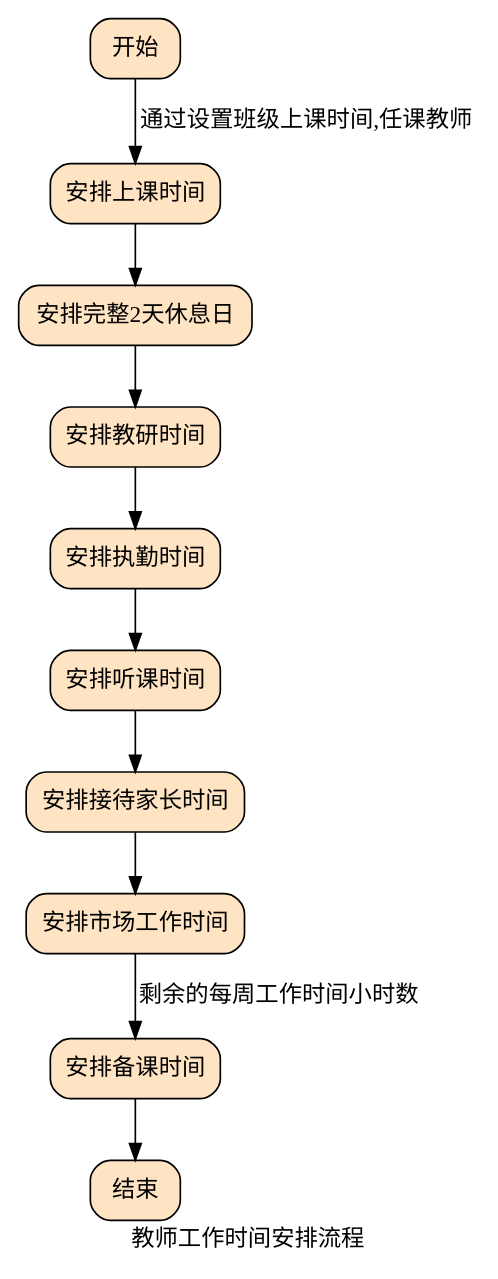
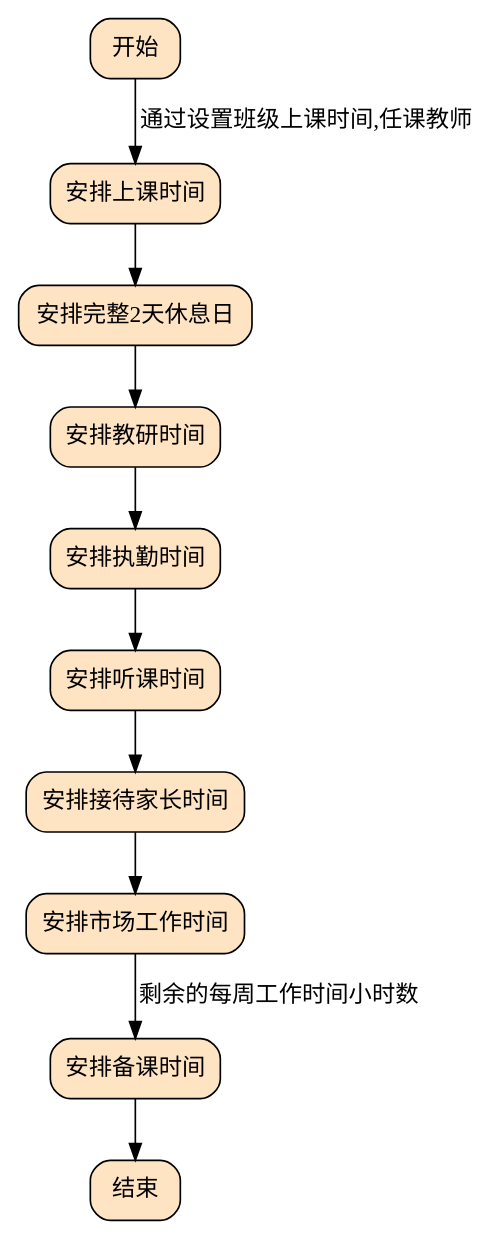
One commit to diandian888/mx-requirements changed the diagram in management-system/hr/arrangement/svg/01.dot. Above: the diagram before and after it, drawn with Graphviz. The commit also changed 1 other file, not shown here.

Commit message:
Remove flowchart label

```diff
--- a/management-system/hr/arrangement/svg/01.dot
+++ b/management-system/hr/arrangement/svg/01.dot
@@ -1,12 +1,10 @@
 digraph {
-    label="教师工作时间安排流程"
-
     node [shape="box", style="rounded,filled", fillcolor="bisque"]
         安排上课时间 -> 安排完整2天休息日 -> 安排教研时间 ->
         安排执勤时间 -> 安排听课时间 -> 安排接待家长时间 ->
         安排市场工作时间
 
         开始 -> 安排上课时间[label="通过设置班级上课时间,任课教师"]
         安排市场工作时间 -> 安排备课时间[label="剩余的每周工作时间小时数"]
         安排备课时间 -> 结束
 }
```
